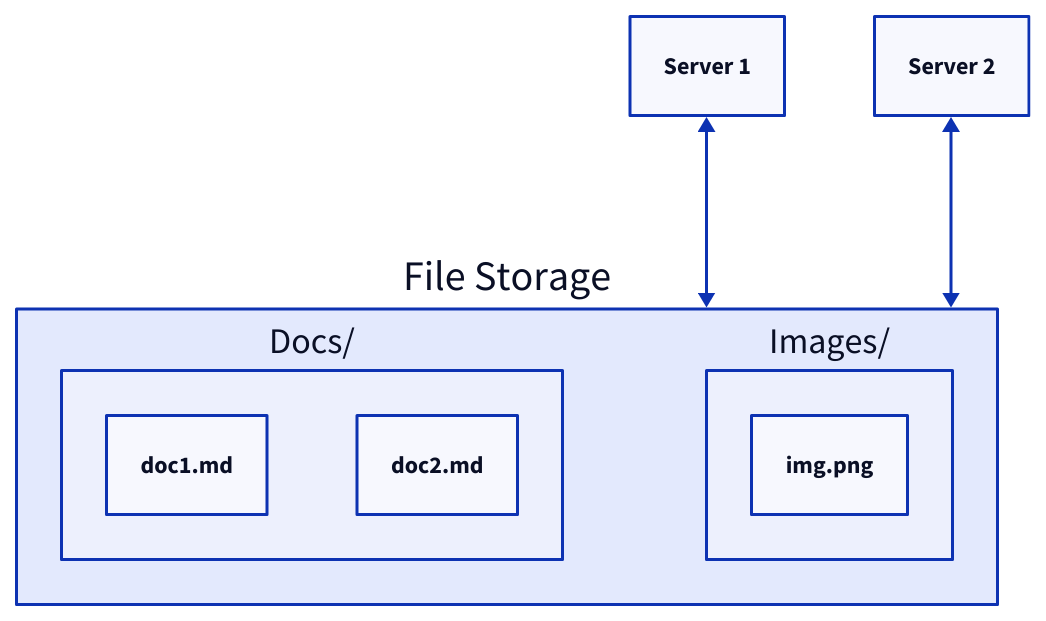
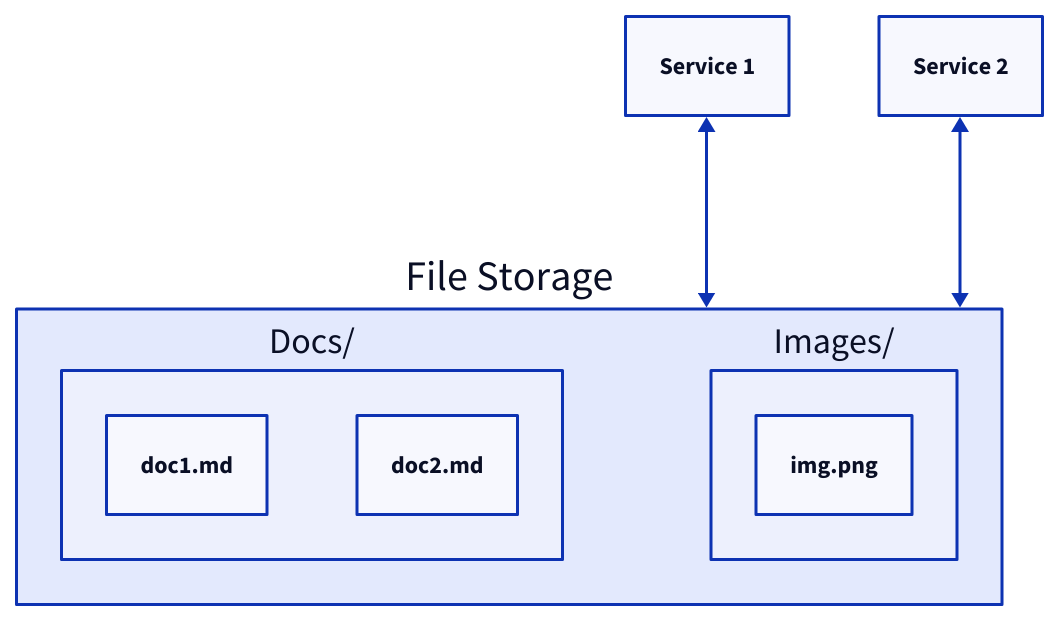
One commit to link1905/system-design-101 changed the first of 19 diagrams in content/docs/data-persistence/media-storage.md. Above: the diagram before and after it, drawn with D2. The commit also changed other lines of this file and 7 other files, not shown here.

````diff
--- a/content/docs/data-persistence/media-storage.md
+++ b/content/docs/data-persistence/media-storage.md
@@ -23,25 +23,25 @@
 ```d2
-s1: Server 1 {
+s1: Service 1 {
   class: server
 }
 d1: File Storage {
   "Docs/" {
     "doc1.md" {
       class: file
     }
     "doc2.md" {
       class: file
     }
   }
   "Images/" {
     "img.png" {
       class: file
     }
   }
 }
-s2: Server 2 {
+s2: Service 2 {
   class: server
 }
-s1 <-> d1 
+s1 <-> d1
 s2 <-> d1
 ```
````
